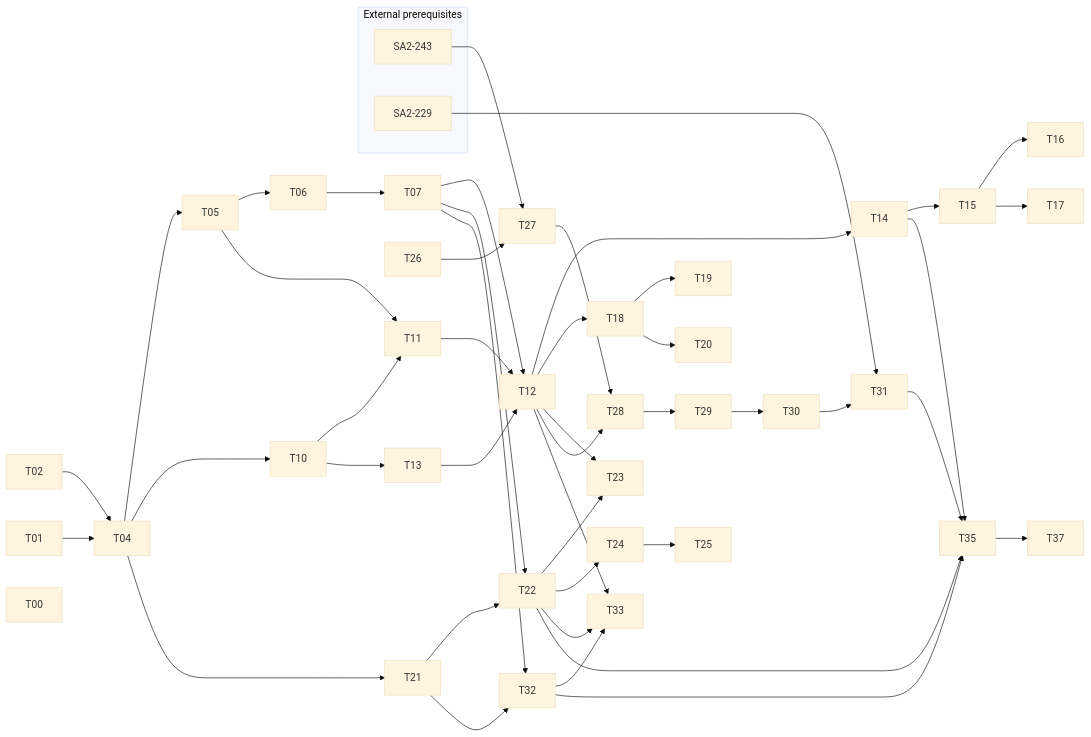
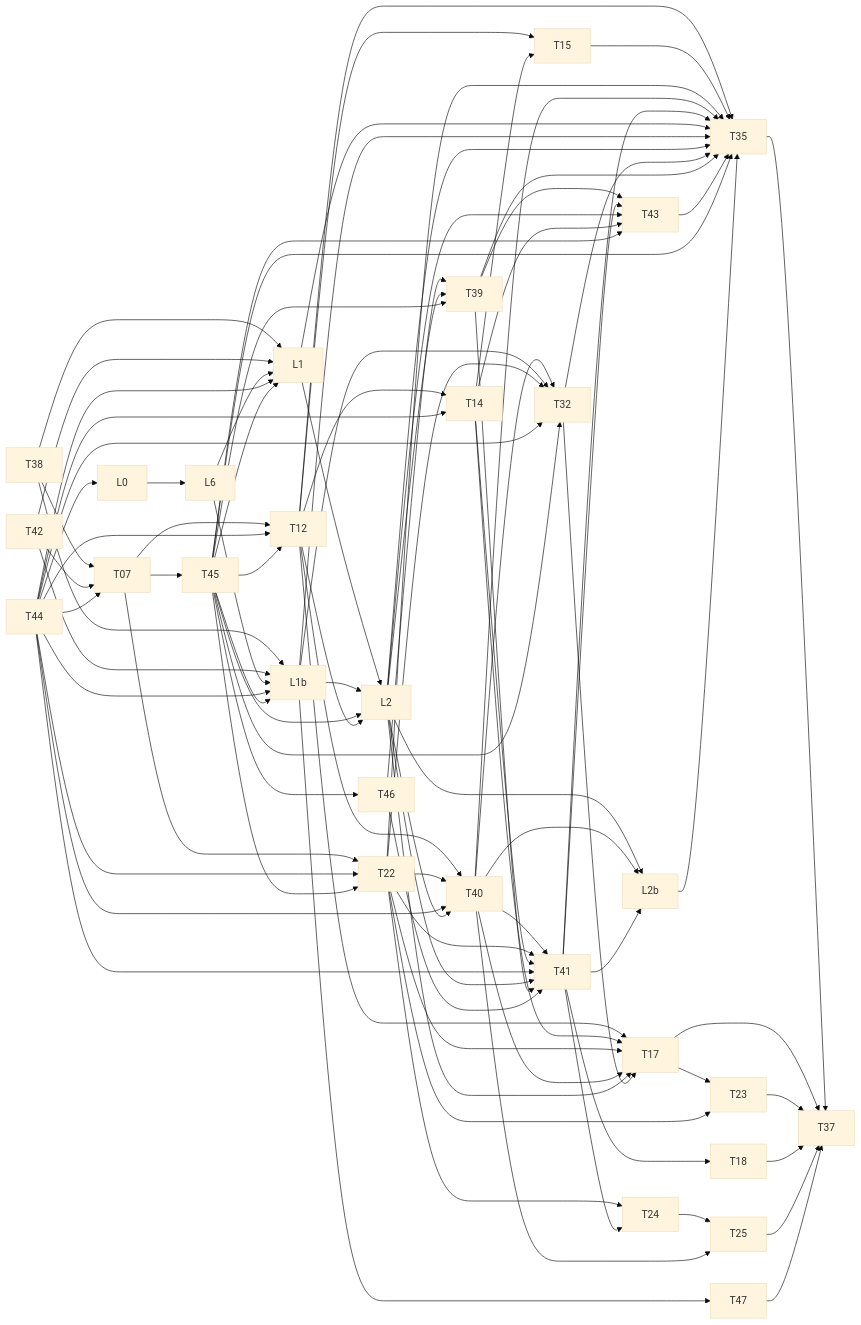
One commit to HIRO15254/sapphire2 changed the second of 2 diagrams in docs/design/data-model-v2.md. Above: the diagram before and after it, drawn with Mermaid (base theme). The commit also changed other lines of this file and 4 other files, not shown here.

````diff
--- a/docs/design/data-model-v2.md
+++ b/docs/design/data-model-v2.md
@@ -1157,53 +1237,192 @@
 ```mermaid
 flowchart LR
-    subgraph ext [External prerequisites]
-        SA2_243["SA2-243"]
-        SA2_229["SA2-229"]
-    end
 
-    T02 --> T04
-    T01 --> T04
-    T04 --> T05
-    T05 --> T06
-    T06 --> T07
-    T04 --> T10
-    T05 --> T11
-    T10 --> T11
-    T10 --> T13
-    T07 --> T12
-    T11 --> T12
-    T13 --> T12
-    T12 --> T14
-    T14 --> T15
-    T15 --> T16
-    T15 --> T17
-    T12 --> T18
-    T18 --> T19
-    T18 --> T20
-    T04 --> T21
-    T07 --> T22
-    T21 --> T22
-    T12 --> T23
-    T22 --> T23
-    T22 --> T24
-    T24 --> T25
-    T26 --> T27
-    SA2_243 --> T27
-    T27 --> T28
-    T12 --> T28
-    T28 --> T29
-    T29 --> T30
-    T30 --> T31
-    SA2_229 --> T31
-    T07 --> T32
-    T21 --> T32
-    T12 --> T33
-    T22 --> T33
-    T32 --> T33
-    T14 --> T35
-    T22 --> T35
-    T31 --> T35
-    T32 --> T35
-    T35 --> T37
-    T00
+T38
+
+T42
+
+T38 --> T07
+
+T42 --> T07
+
+T44
+
+T07 --> T45
+
+T07 --> T12
+
+T44 --> T12
+
+T45 --> T12
+
+T12 --> T14
+
+T44 --> T14
+
+T12 --> T15
+
+T14 --> T15
+
+T07 --> T22
+
+T44 --> T22
+
+T45 --> T22
+
+T12 --> T40
+
+T22 --> T40
+
+T44 --> T40
+
+T40 --> T41
+
+T22 --> T41
+
+T14 --> T41
+
+T44 --> T41
+
+T41 --> T18
+
+T46 --> T39
+
+L2 --> T39
+
+T45 --> T39
+
+T44 --> L0
+
+L0 --> L6
+
+T38 --> L1
+
+T42 --> L1
+
+L6 --> L1
+
+T44 --> L1
+
+T45 --> L1
+
+T38 --> L1b
+
+T42 --> L1b
+
+L6 --> L1b
+
+T44 --> L1b
+
+T45 --> L1b
+
+L1 --> L2
+
+L1b --> L2
+
+T45 --> L2
+
+T40 --> T32
+
+L1b --> T32
+
+T22 --> T32
+
+T44 --> T32
+
+T45 --> T32
+
+T12 --> T17
+
+T14 --> T17
+
+T22 --> T17
+
+T40 --> T17
+
+L2 --> T17
+
+T32 --> T17
+
+T17 --> T23
+
+T22 --> T23
+
+T22 --> T24
+
+T41 --> T24
+
+T24 --> T25
+
+T40 --> T25
+
+T39 --> T43
+
+T41 --> T43
+
+L2 --> T43
+
+T14 --> T43
+
+T45 --> T43
+
+T12 --> T35
+
+T15 --> T35
+
+T22 --> T35
+
+T40 --> T35
+
+T41 --> T35
+
+L1 --> T35
+
+L1b --> T35
+
+L2 --> T35
+
+T32 --> T35
+
+T39 --> T35
+
+T43 --> T35
+
+T45 --> T35
+
+T35 --> T37
+
+T17 --> T37
+
+T23 --> T37
+
+T18 --> T37
+
+T25 --> T37
+
+T44 --> T07
+
+T12 --> L2
+
+T45 --> T46
+
+L2 --> T40
+
+L2 --> T41
+
+T39 --> T41
+
+T46 --> T41
+
+L2 --> L2b
+
+T40 --> L2b
+
+T41 --> L2b
+
+L2b --> T35
+
+L1b --> T47
+
+T47 --> T37
+
 ```
````
